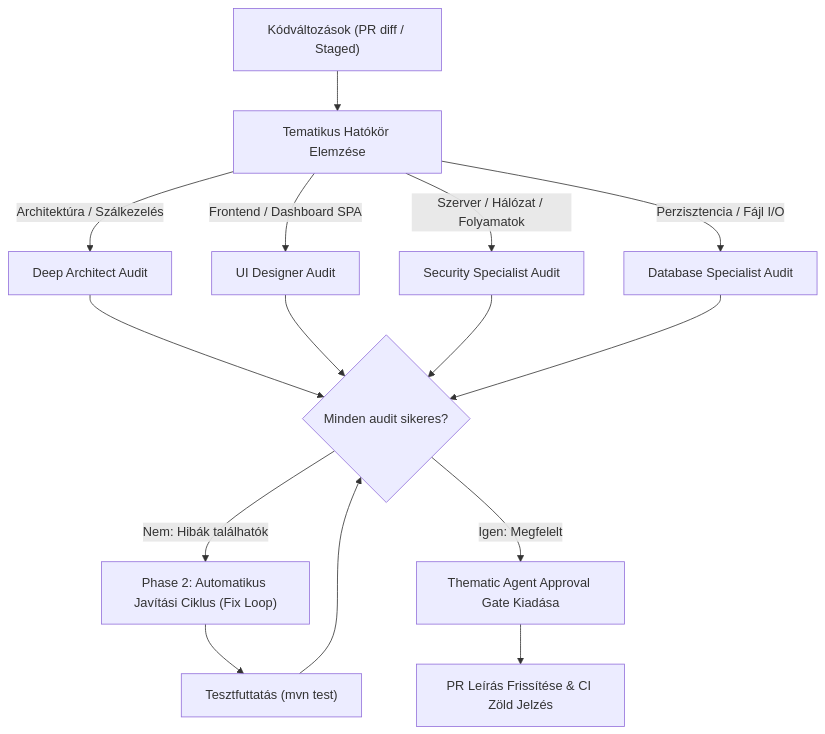
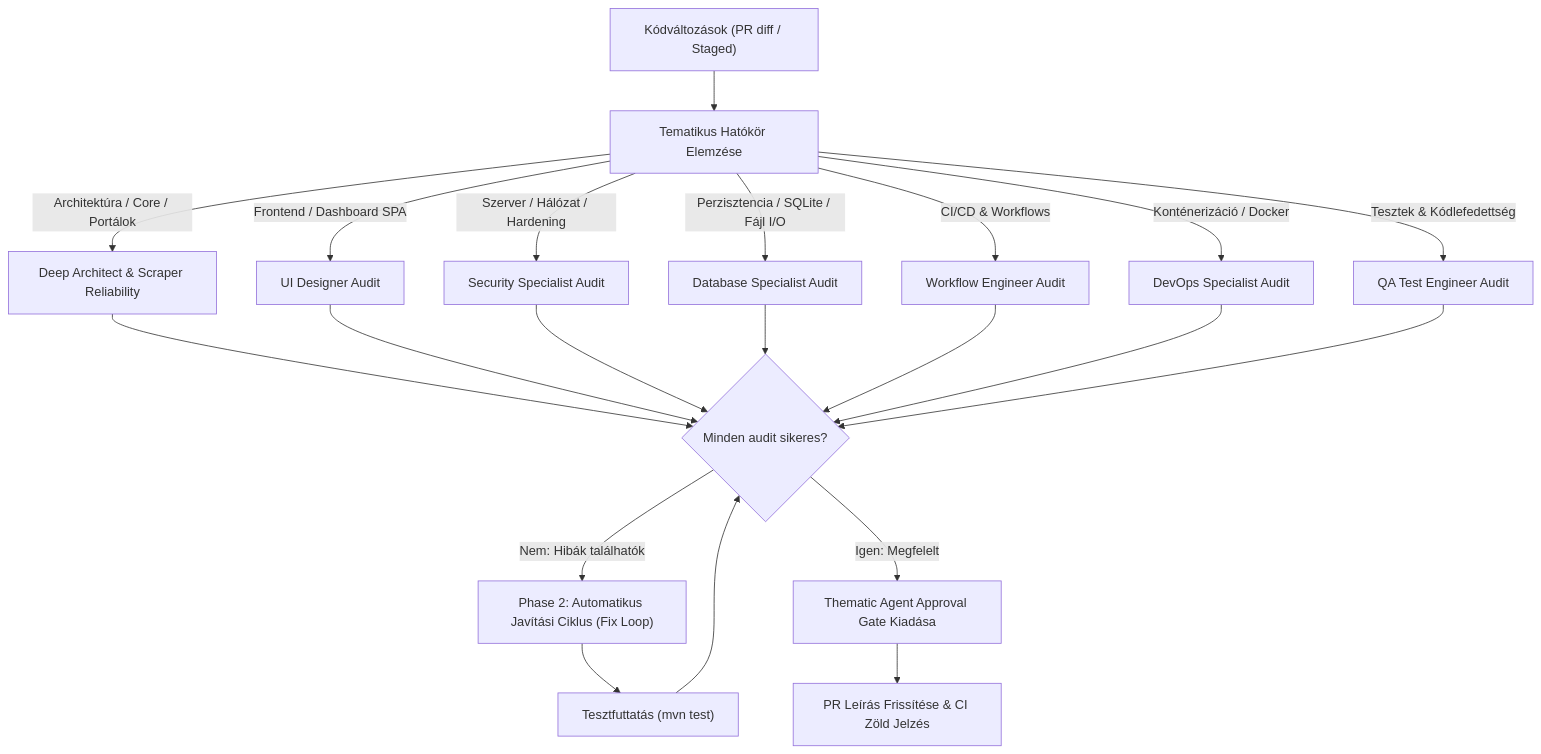
The diagram in .agents/skills/review-and-fix/SKILL.md (Luxeonn/ingatlan-kereso), drawn with Mermaid before and after one commit. The commit also changed other lines of this file and 18 other files, not shown here.

Commit message:
chore(skills): audit and update existing skills, introduce devops, scraper and qa specialist skills

````diff
--- a/.agents/skills/review-and-fix/SKILL.md
+++ b/.agents/skills/review-and-fix/SKILL.md
@@ -20,18 +20,21 @@
 ```mermaid
 flowchart TD
     Start["Kódváltozások (PR diff / Staged)"] --> Scope["Tematikus Hatókör Elemzése"]
     
-    Scope -->|Architektúra / Szálkezelés| A1["Deep Architect Audit"]
+    Scope -->|Architektúra / Core / Portálok| A1["Deep Architect & Scraper Reliability"]
     Scope -->|Frontend / Dashboard SPA| A2["UI Designer Audit"]
-    Scope -->|Szerver / Hálózat / Folyamatok| A3["Security Specialist Audit"]
-    Scope -->|Perzisztencia / Fájl I/O| A4["Database Specialist Audit"]
+    Scope -->|Szerver / Hálózat / Hardening| A3["Security Specialist Audit"]
+    Scope -->|Perzisztencia / SQLite / Fájl I/O| A4["Database Specialist Audit"]
+    Scope -->|CI/CD & Workflows| A5["Workflow Engineer Audit"]
+    Scope -->|Konténerizáció / Docker| A6["DevOps Specialist Audit"]
+    Scope -->|Tesztek & Kódlefedettség| A7["QA Test Engineer Audit"]
     
-    A1 & A2 & A3 & A4 --> Eval{"Minden audit sikeres?"}
+    A1 & A2 & A3 & A4 & A5 & A6 & A7 --> Eval{"Minden audit sikeres?"}
     
     Eval -->|Nem: Hibák találhatók| Fix["Phase 2: Automatikus Javítási Ciklus (Fix Loop)"]
     Fix --> Test["Tesztfuttatás (mvn test)"]
     Test --> Eval
     
     Eval -->|Igen: Megfelelt| Signoff["Thematic Agent Approval Gate Kiadása"]
     Signoff --> PR["PR Leírás Frissítése & CI Zöld Jelzés"]
 ```
````
